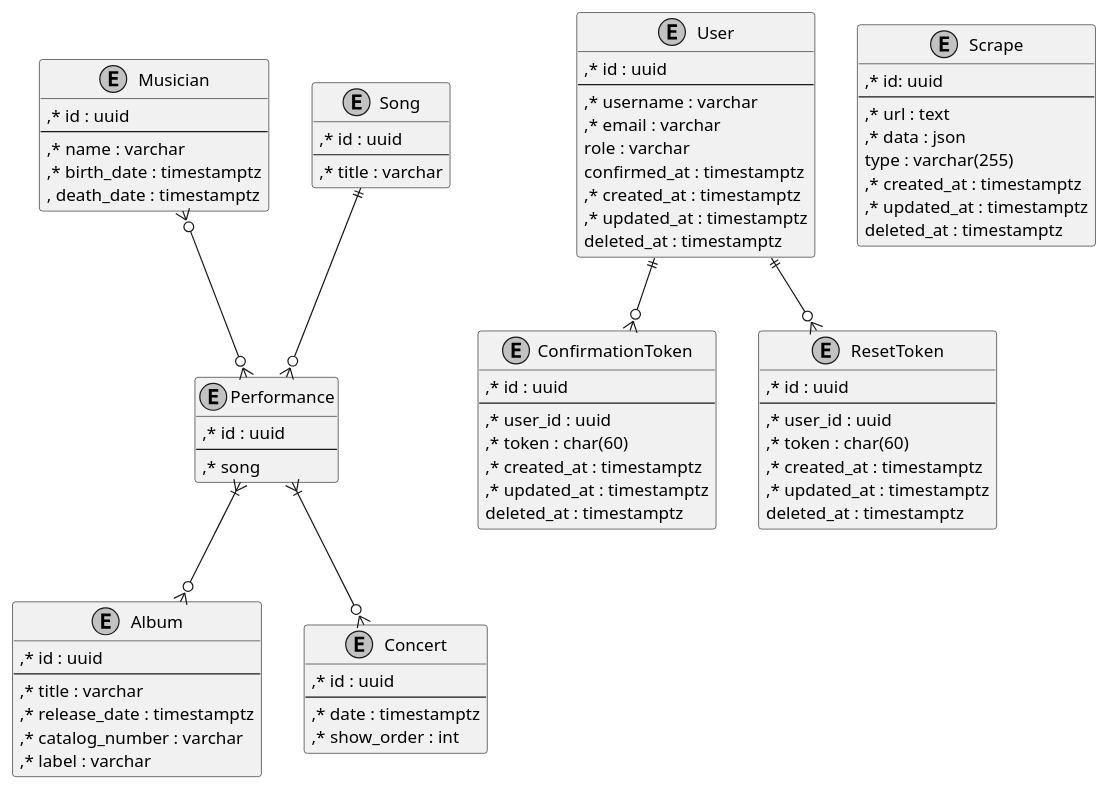
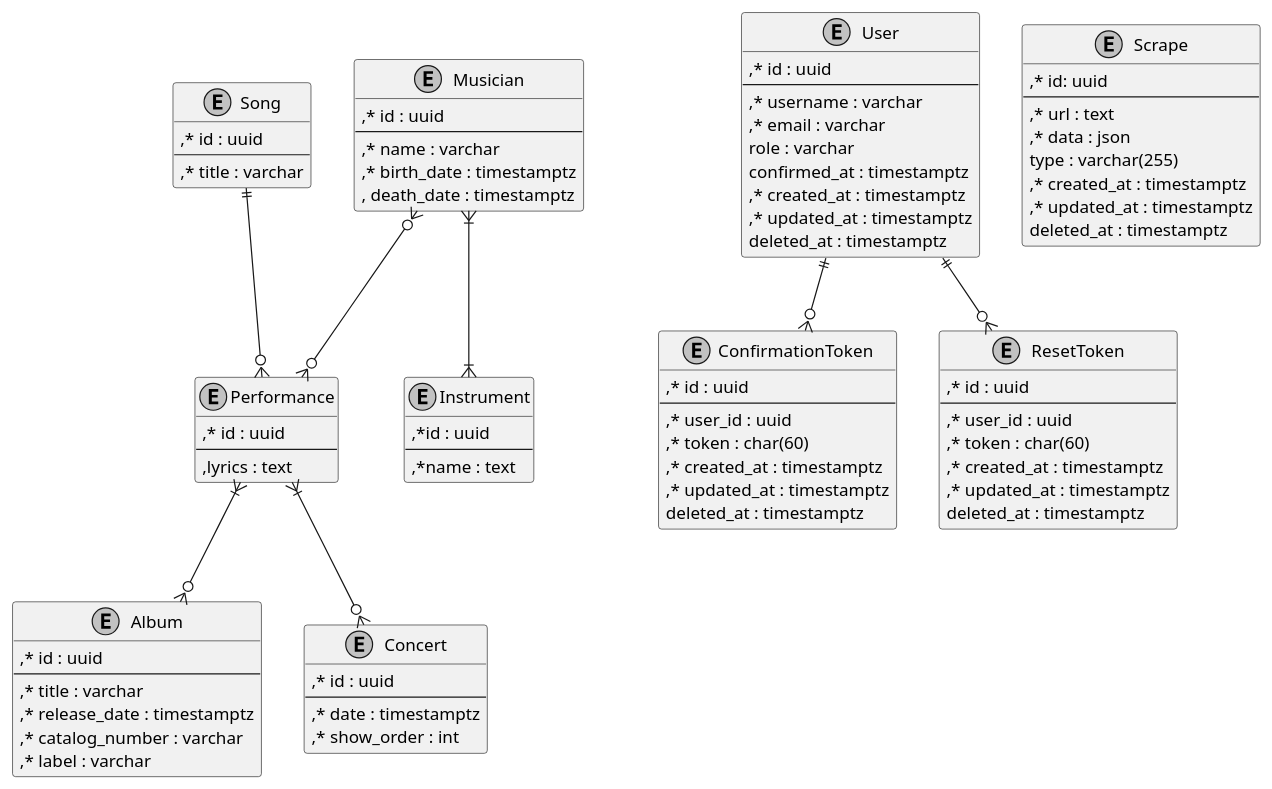
The diagram in README.org (zappa-base/zappa-base), drawn with PlantUML before and after one commit. The commit also changed 1 other file, not shown here.

Commit message:
update model

```diff
--- a/README.org
+++ b/README.org
@@ -31,7 +31,13 @@
 entity Performance {
   ,* id : uuid
   --
-  ,* song
+  ,lyrics : text
+}
+
+entity Instrument {
+  ,*id : uuid
+  --
+  ,*name : text
 }
 
 entity Musician {
@@ -93,7 +99,8 @@
 
 Song ||--o{ Performance
 Performance }|--o{ Album
-Musician }o--o{ Performance 
+Musician }o--o{ Performance
+Musician }|--|{ Instrument
 Performance }|--o{ Concert
 
 User ||--o{ ConfirmationToken
```
